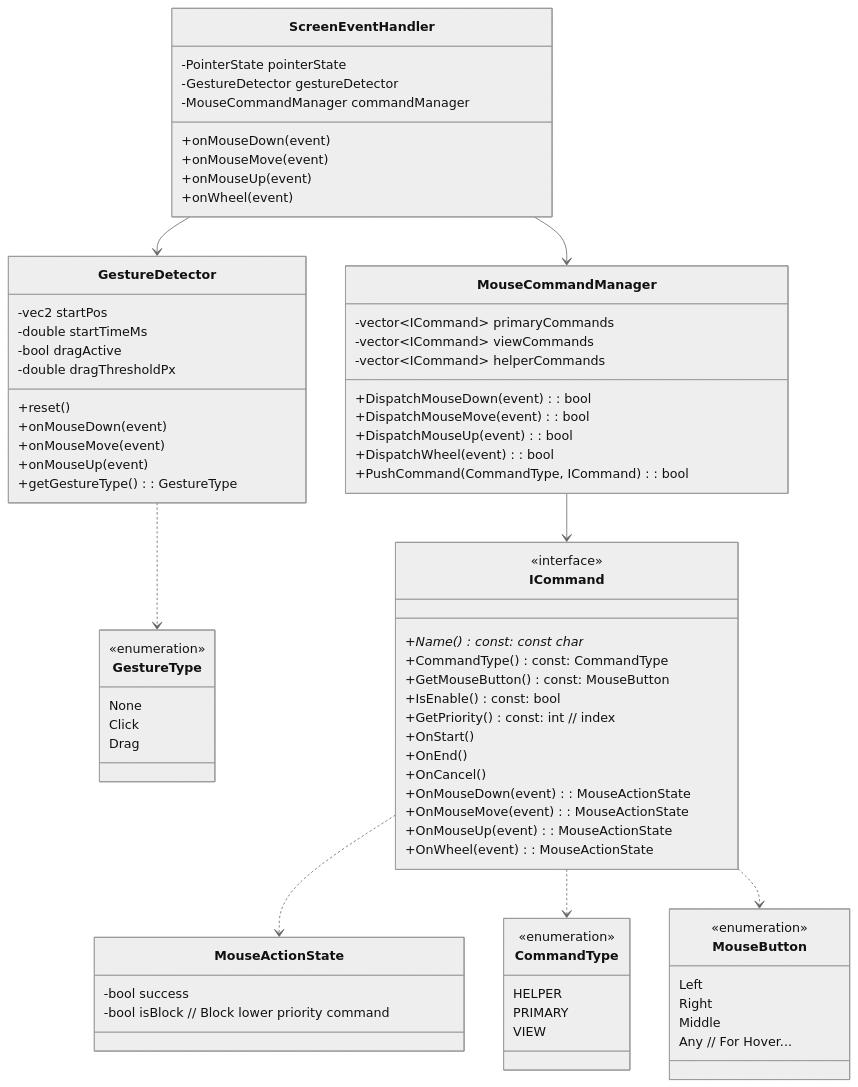
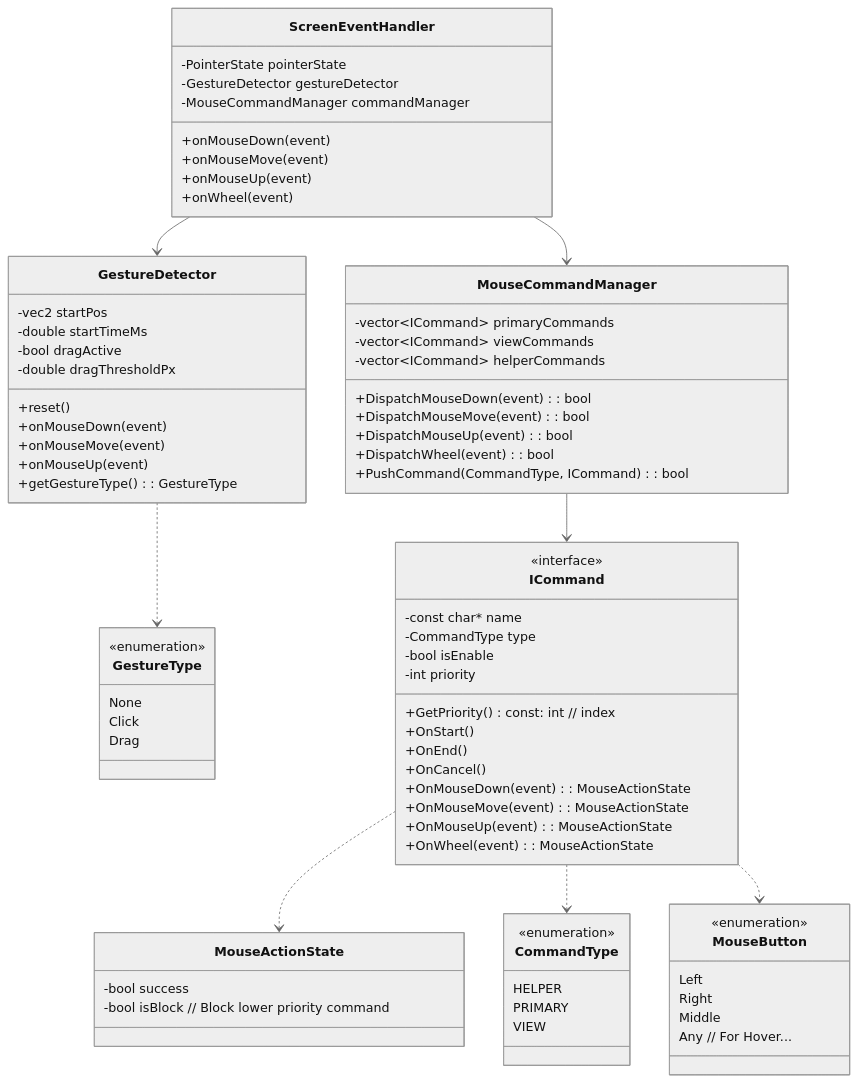
The first of 3 diagrams in GraphV6.md (vfa-khaidt1/vfa-cdn), drawn with Mermaid (neutral theme) before and after one commit.

```diff
--- a/GraphV6.md
+++ b/GraphV6.md
@@ -51,10 +51,10 @@
 
     class ICommand {
         <<interface>>
-        +Name() const: const char*
-        +CommandType() const: CommandType
-        +GetMouseButton() const: MouseButton
-        +IsEnable() const: bool
+        -const char* name
+        -CommandType type
+        -bool isEnable 
+        -int priority
         +GetPriority() const: int // index
         +OnStart()
         +OnEnd()
```
